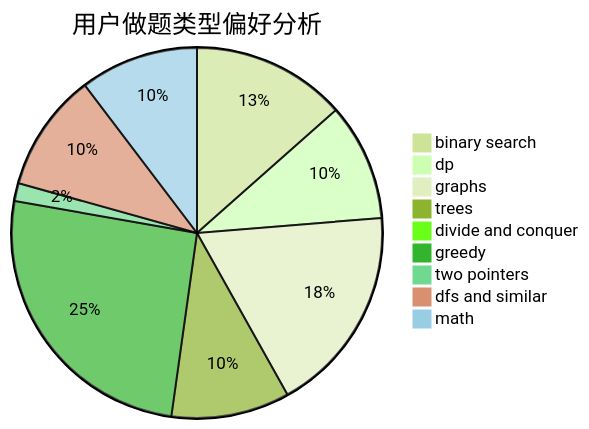
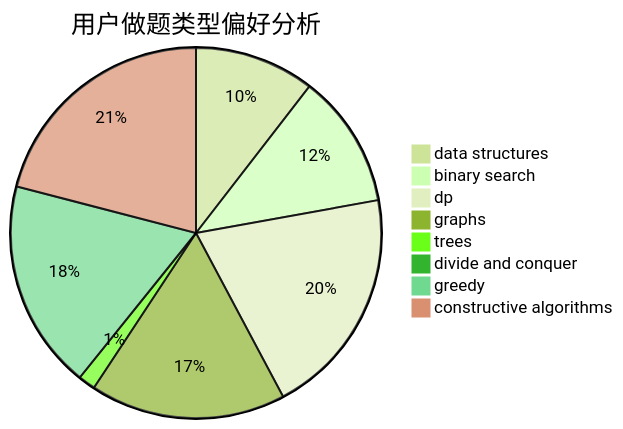
One commit to sherpahu/cfrs.github.io changed the second of 3 diagrams in docs/user/u1148.md. Above: the diagram before and after it, drawn with Mermaid (forest theme). The commit also changed other lines of this file and 2775 other files, not shown here.

````diff
--- a/docs/user/u1148.md
+++ b/docs/user/u1148.md
@@ -23,12 +23,11 @@
 ```mermaid
 pie title 用户做题类型偏好分析
-    "binary search" :  146
-    "dp" :  111
-    "graphs" :  197
-    "trees" :  112
-    "divide and conquer" :  5
-    "greedy" :  277
-    "two pointers" :  17
-    "dfs and similar" :  112
-    "math" :  112
+    "data structures" :  35
+    "binary search" :  39
+    "dp" :  67
+    "graphs" :  57
+    "trees" :  5
+    "divide and conquer" :  0
+    "greedy" :  61
+    "constructive algorithms" :  70
 ```
````
